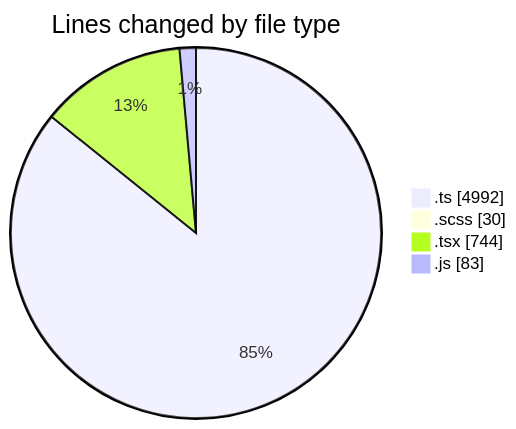
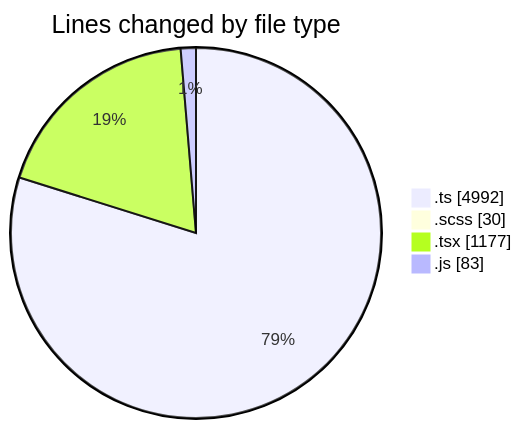
Before and after one commit to momahboobian/code-tracking: the first of 2 diagrams in 2025-09-12/cda/README.md, drawn with Mermaid. The commit also changed other lines of this file and 1 other file, not shown here.

````diff
--- a/2025-09-12/cda/README.md
+++ b/2025-09-12/cda/README.md
@@ -30,8 +31,8 @@
 ```mermaid
 pie showData
 title Lines changed by file type
 ".ts" : 4992
 ".scss" : 30
-".tsx" : 744
+".tsx" : 1177
 ".js" : 83
 ```
````
